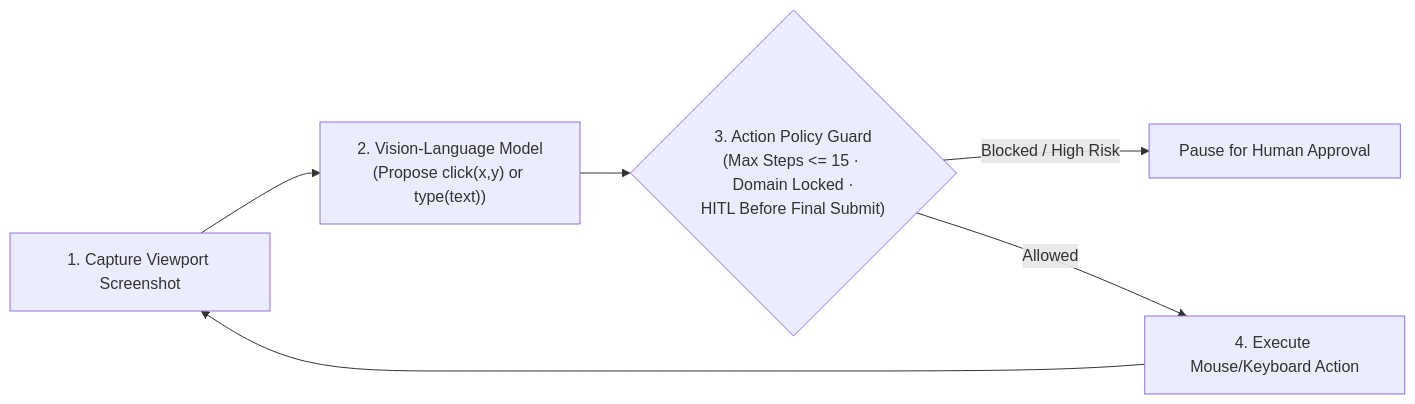
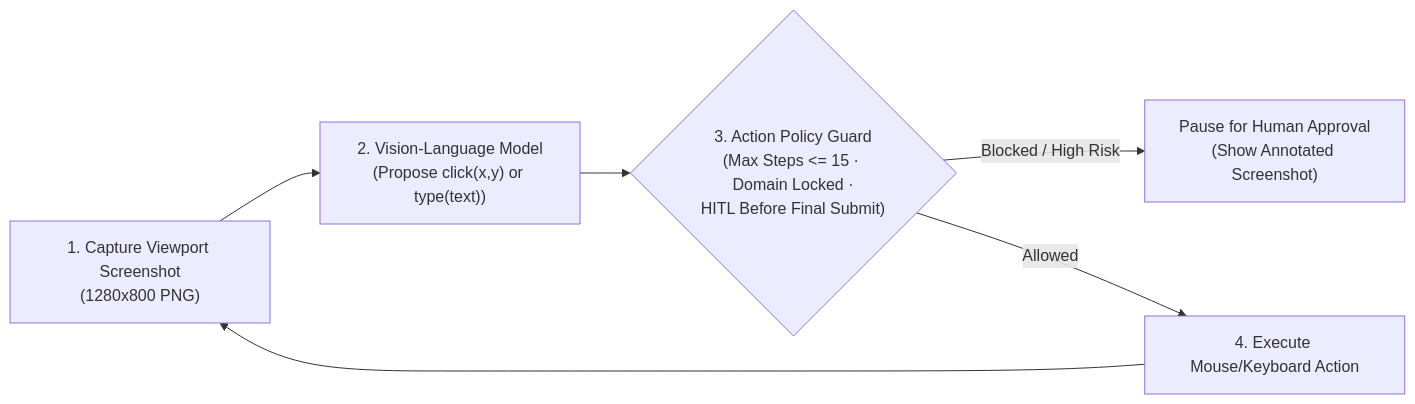
The first of 2 diagrams in Lecture 30 - Enterprise APIs OpenAPI-to-MCP and Computer-Use/notes/06_Computer_Use_Agents_and_Visual_Grounding.md (Amie-dev/FDE-and-GenAI-Mastery), drawn with Mermaid before and after one commit. The commit also changed other lines of this file and 92 other files, not shown here.

````diff
--- a/Lecture 30 - Enterprise APIs OpenAPI-to-MCP and Computer-Use/notes/06_Computer_Use_Agents_and_Visual_Grounding.md
+++ b/Lecture 30 - Enterprise APIs OpenAPI-to-MCP and Computer-Use/notes/06_Computer_Use_Agents_and_Visual_Grounding.md
@@ -23,7 +26,7 @@
 ```mermaid
 flowchart LR
-    Screen["1. Capture Viewport Screenshot"] --> VLM["2. Vision-Language Model<br/>(Propose click(x,y) or type(text))"]
+    Screen["1. Capture Viewport Screenshot<br/>(1280x800 PNG)"] --> VLM["2. Vision-Language Model<br/>(Propose click(x,y) or type(text))"]
     VLM --> Guard{"3. Action Policy Guard<br/>(Max Steps <= 15 · Domain Locked ·<br/>HITL Before Final Submit)"}
-    Guard -->|"Blocked / High Risk"| HITL["Pause for Human Approval"]
+    Guard -->|"Blocked / High Risk"| HITL["Pause for Human Approval<br/>(Show Annotated Screenshot)"]
     Guard -->|"Allowed"| Exec["4. Execute Mouse/Keyboard Action"] --> Screen
 ```
````
